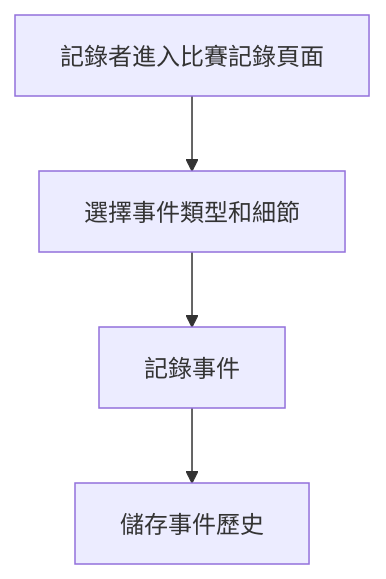
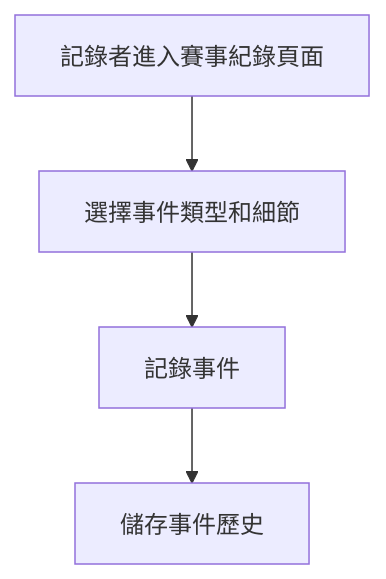
One commit to andrewck24/volleybro changed the fourth of 4 diagrams in docs/02_functional_requirements/03_tw_match_record.md. Above: the diagram before and after it, drawn with Mermaid. The commit also changed other lines of this file and 12 other files, not shown here.

````diff
--- a/docs/02_functional_requirements/03_tw_match_record.md
+++ b/docs/02_functional_requirements/03_tw_match_record.md
@@ -215,6 +221,6 @@
   ```mermaid
   graph TD
-    A[記錄者進入比賽記錄頁面] --> B[選擇事件類型和細節]
+    A[記錄者進入賽事紀錄頁面] --> B[選擇事件類型和細節]
     B --> C[記錄事件]
     C --> D[儲存事件歷史]
   ```
````
